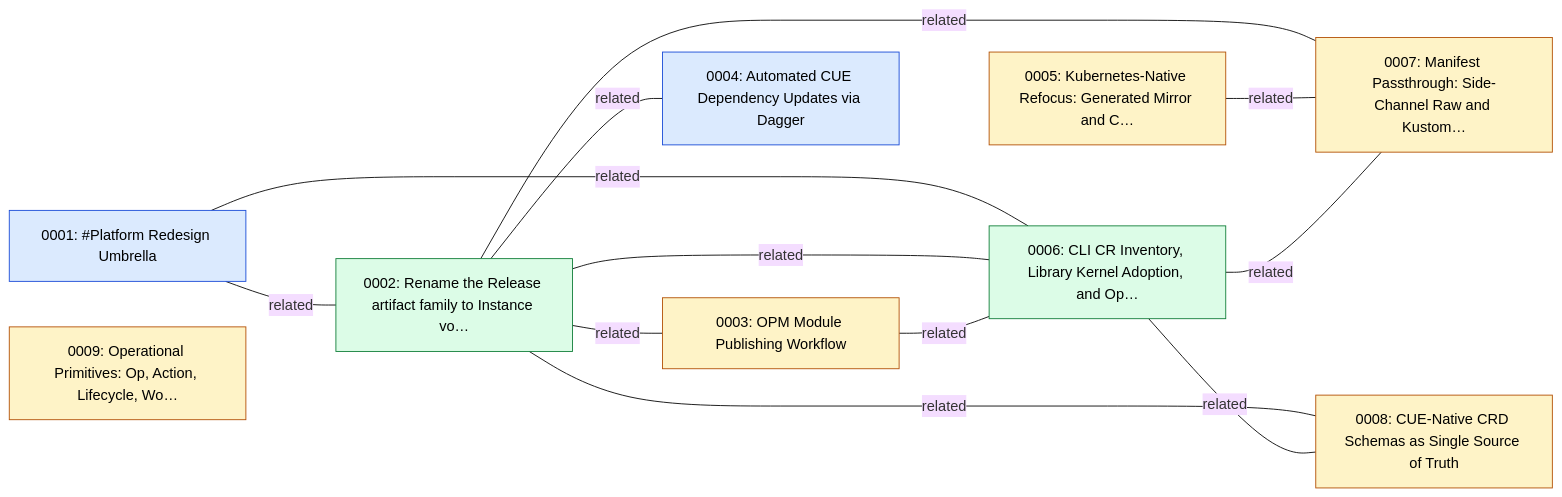
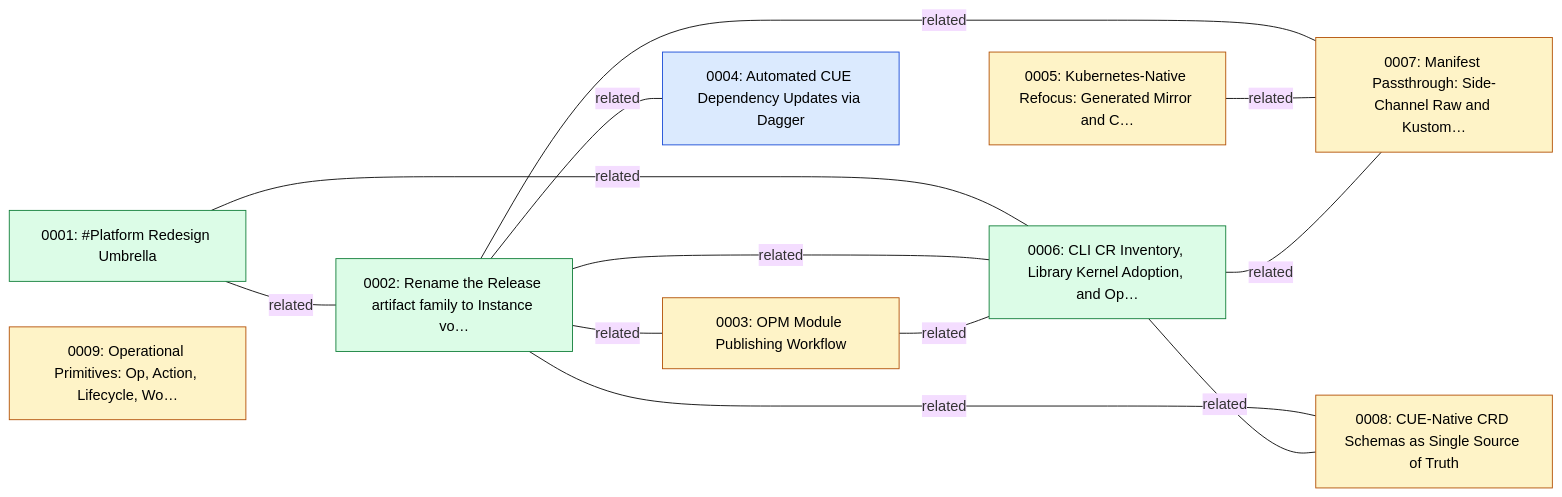
Before and after one commit to open-platform-model/enhancements: the first of 2 diagrams in GRAPH.md, drawn with Mermaid (base theme). The commit also changed 3 other files, not shown here.

First line of the commit message:
docs(0001): graduate #Platform redesign umbrella to implemented

````diff
--- a/GRAPH.md
+++ b/GRAPH.md
@@ -5,30 +5,30 @@
 ```mermaid
 graph LR
   classDef draft       fill:#fef3c7,stroke:#b45309,color:#000
   classDef accepted    fill:#dbeafe,stroke:#1d4ed8,color:#000
   classDef implemented fill:#dcfce7,stroke:#15803d,color:#000
   classDef superseded  fill:#e5e7eb,stroke:#6b7280,color:#6b7280
   classDef legacy      fill:#fafafa,stroke:#9ca3af,color:#6b7280,stroke-dasharray:3 3
 
-  N0001["0001: #Platform Redesign Umbrella"]:::accepted
+  N0001["0001: #Platform Redesign Umbrella"]:::implemented
   N0002["0002: Rename the Release artifact family to Instance vo…"]:::implemented
   N0003["0003: OPM Module Publishing Workflow"]:::draft
   N0004["0004: Automated CUE Dependency Updates via Dagger"]:::accepted
   N0005["0005: Kubernetes-Native Refocus: Generated Mirror and C…"]:::draft
   N0006["0006: CLI CR Inventory, Library Kernel Adoption, and Op…"]:::implemented
   N0007["0007: Manifest Passthrough: Side-Channel Raw and Kustom…"]:::draft
   N0008["0008: CUE-Native CRD Schemas as Single Source of Truth"]:::draft
   N0009["0009: Operational Primitives: Op, Action, Lifecycle, Wo…"]:::draft
 
   N0001 ---|related| N0002
   N0001 ---|related| N0006
   N0002 ---|related| N0003
   N0002 ---|related| N0004
   N0002 ---|related| N0006
   N0002 ---|related| N0007
   N0002 ---|related| N0008
   N0003 ---|related| N0006
   N0005 ---|related| N0007
   N0006 ---|related| N0007
   N0006 ---|related| N0008
 ```
````
